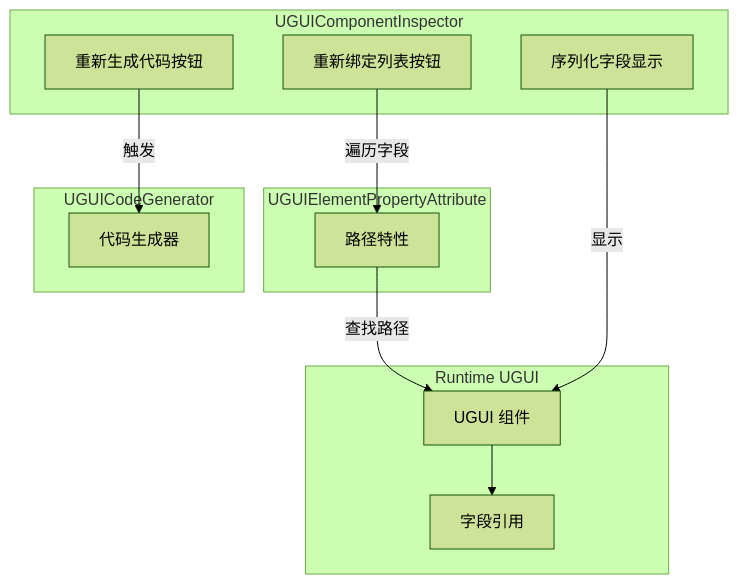
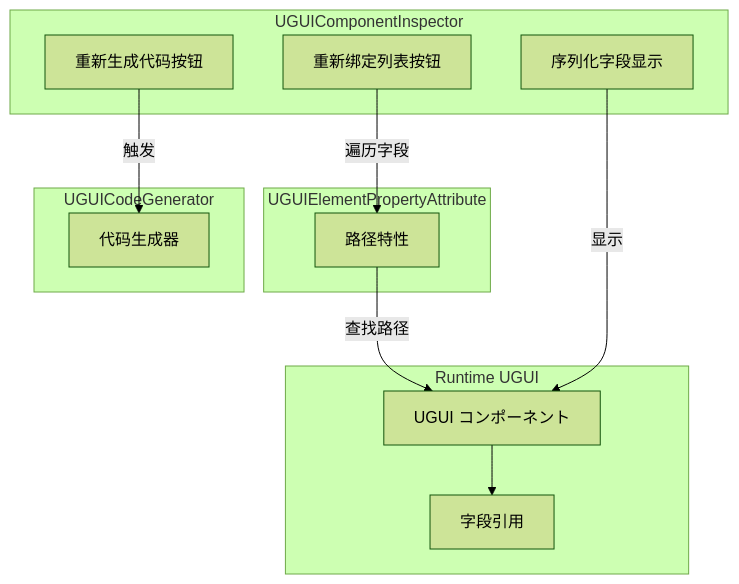
One commit to AlianBlank/GameFrameX.Docs changed the first of 2 diagrams in docs/ja/client/unity/component/ui-ugui/11.inspector.md. Above: the diagram before and after it, drawn with Mermaid (forest theme). The commit also changed other lines of this file and 603 other files, not shown here.

````diff
--- a/docs/ja/client/unity/component/ui-ugui/11.inspector.md
+++ b/docs/ja/client/unity/component/ui-ugui/11.inspector.md
@@ -29,27 +29,27 @@
 ```mermaid
 graph TD
     subgraph Inspector["UGUIComponentInspector"]
         Btn1["重新生成代码按钮"]
         Btn2["重新绑定列表按钮"]
         Fields["序列化字段显示"]
     end
 
     subgraph Attribute["UGUIElementPropertyAttribute"]
         Attr["路径特性"]
     end
 
     subgraph Generator["UGUICodeGenerator"]
         GenCode["代码生成器"]
     end
 
     subgraph Runtime["Runtime UGUI"]
-        UGUIComp["UGUI 组件"]
+        UGUIComp["UGUI コンポーネント"]
         FieldsRef["字段引用"]
     end
 
     Btn1 -->|触发| GenCode
     Btn2 -->|遍历字段| Attr
     Attr -->|查找路径| UGUIComp
     UGUIComp --> FieldsRef
     Fields -->|显示| UGUIComp
 ```
````
